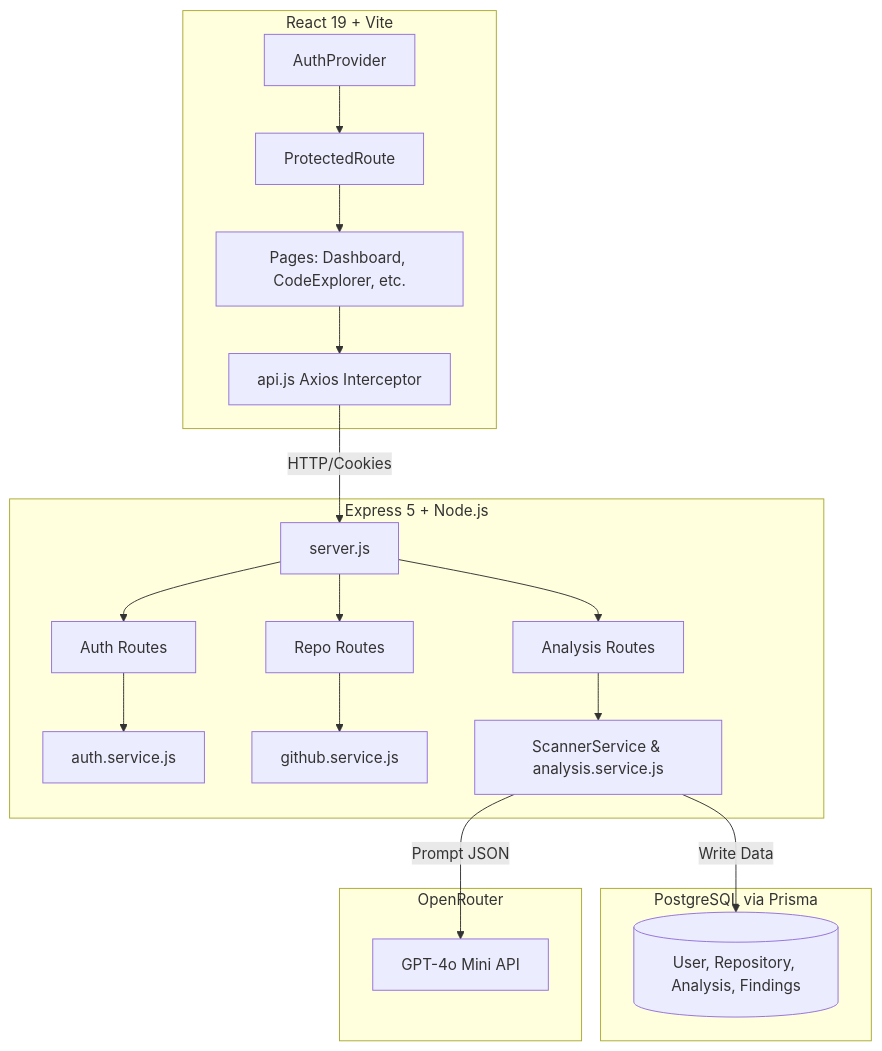
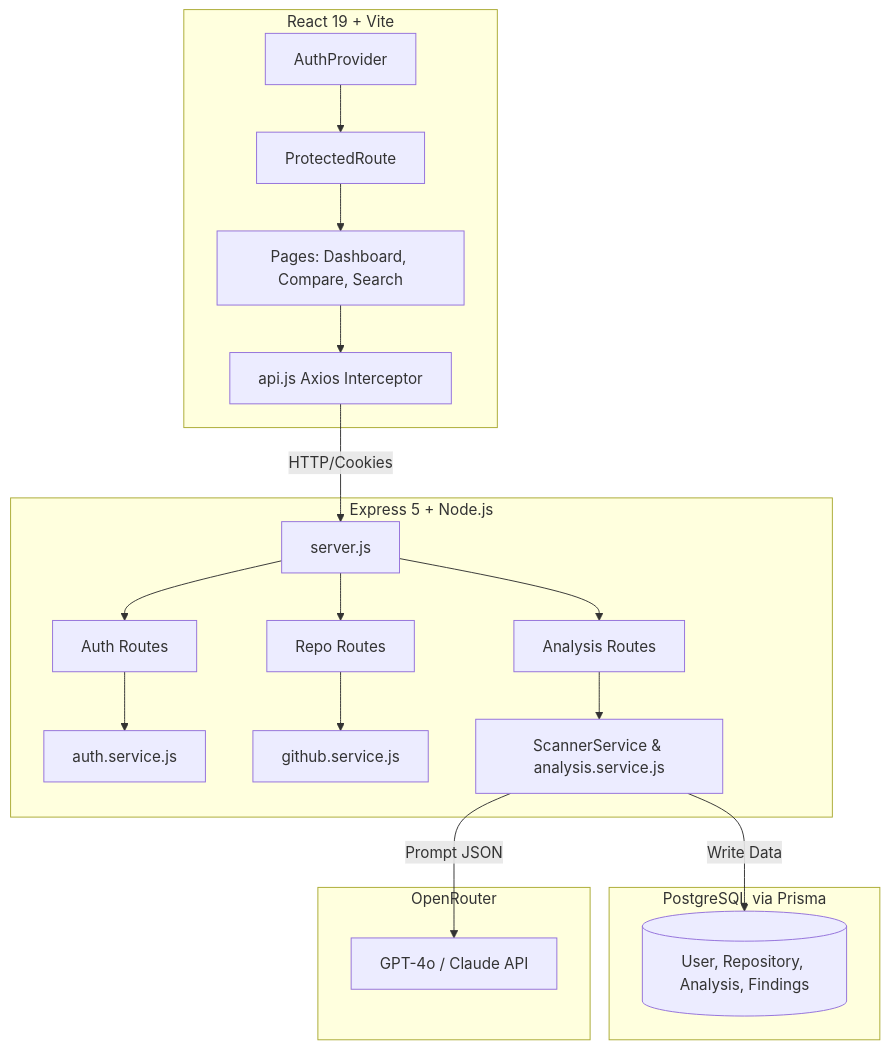
One commit to adtshrm007/RepoLens changed the diagram in README.md. Above: the diagram before and after it, drawn with Mermaid. The commit also changed other lines of this file, not shown here.

````diff
--- a/README.md
+++ b/README.md
@@ -114,30 +108,30 @@
 ```mermaid
 graph TD
     subgraph Client [React 19 + Vite]
         A[AuthProvider] --> B[ProtectedRoute]
-        B --> C[Pages: Dashboard, CodeExplorer, etc.]
+        B --> C[Pages: Dashboard, Compare, Search]
         C --> D[api.js Axios Interceptor]
     end
 
     subgraph Server [Express 5 + Node.js]
         E[server.js] --> F[Auth Routes]
         E --> G[Repo Routes]
         E --> H[Analysis Routes]
         
         F --> I[auth.service.js]
         G --> J[github.service.js]
         H --> K[ScannerService & analysis.service.js]
     end
 
     subgraph Database [PostgreSQL via Prisma]
         L[(User, Repository, Analysis, Findings)]
     end
     
     subgraph AI [OpenRouter]
-        M[GPT-4o Mini API]
+        M[GPT-4o / Claude API]
     end
 
     D -- HTTP/Cookies --> E
     K -- Write Data --> L
     K -- Prompt JSON --> M
 ```
````
